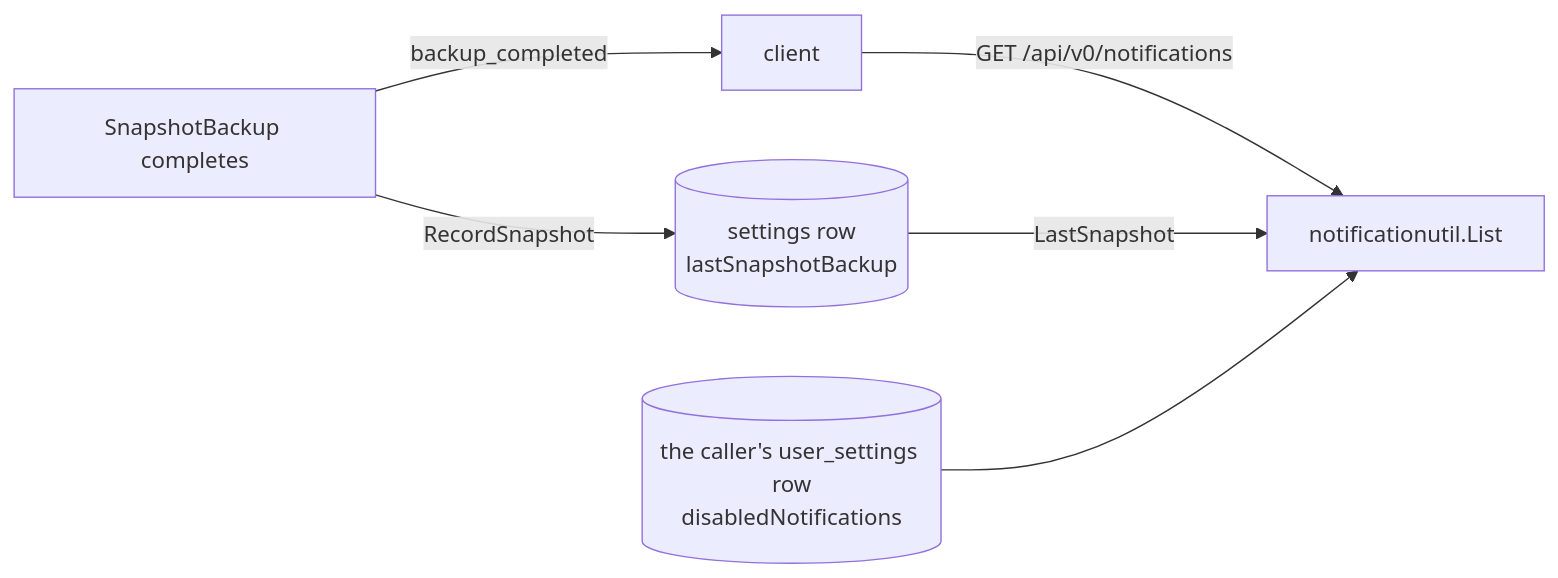
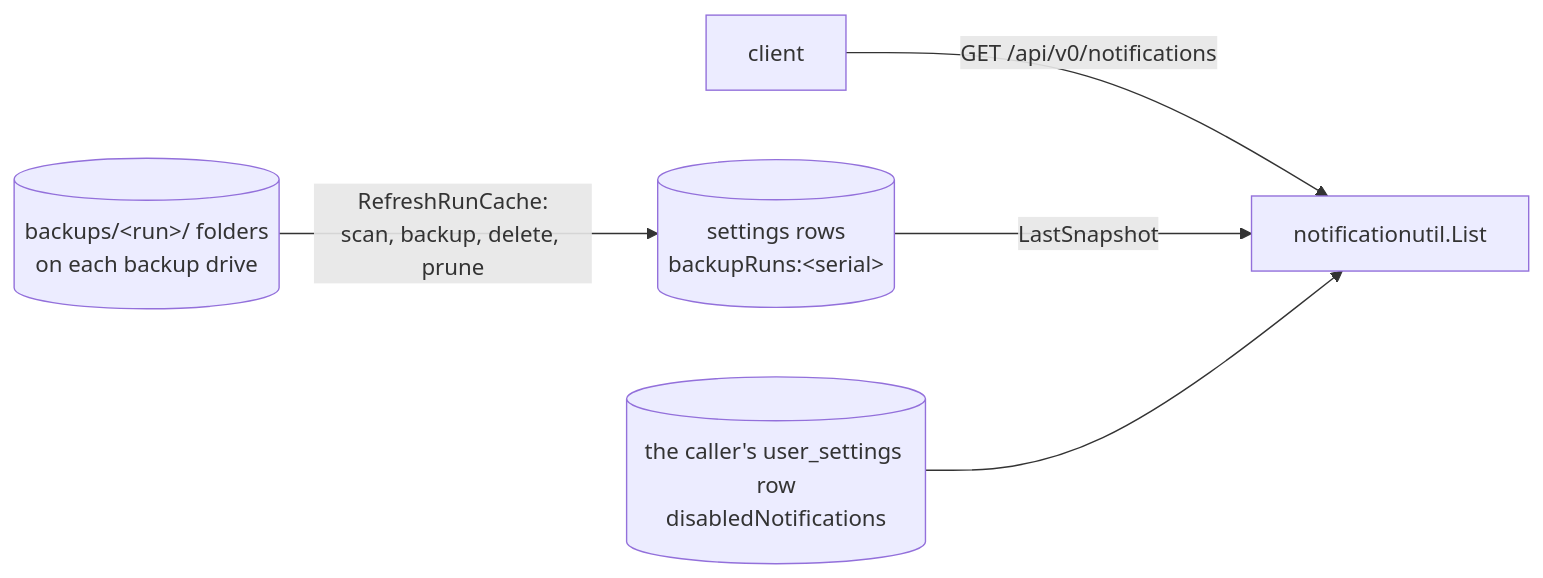
Before and after one commit to autobutler-org/quark: the second of 3 diagrams in docs/architecture/backup.md, drawn with Mermaid. The commit also changed other lines of this file and 14 other files, not shown here.

````diff
--- a/docs/architecture/backup.md
+++ b/docs/architecture/backup.md
@@ -204,8 +324,7 @@
 ```mermaid
 flowchart LR
-    snapshot["SnapshotBackup completes"] -- "RecordSnapshot" --> record[("settings row<br/>lastSnapshotBackup")]
-    snapshot -- "backup_completed" --> client["client"]
-    client -- "GET /api/v0/notifications" --> list["notificationutil.List"]
-    record -- "LastSnapshot" --> list
+    folders[("backups/&lt;run&gt;/ folders<br/>on each backup drive")] -- "RefreshRunCache:<br/>scan, backup, delete, prune" --> cache[("settings rows<br/>backupRuns:&lt;serial&gt;")]
+    client["client"] -- "GET /api/v0/notifications" --> list["notificationutil.List"]
+    cache -- "LastSnapshot" --> list
     prefs[("the caller's user_settings row<br/>disabledNotifications")] --> list
 ```
````
